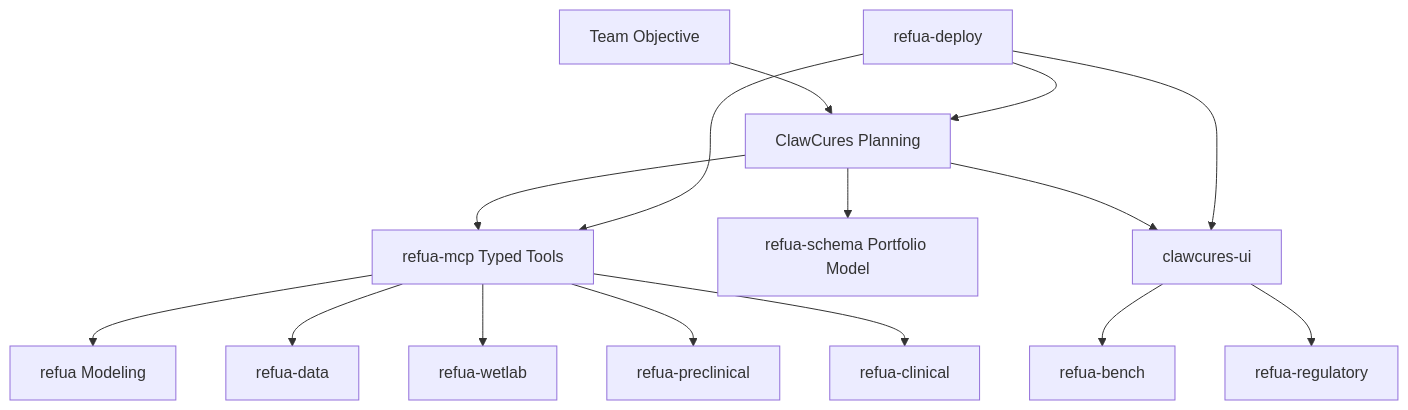
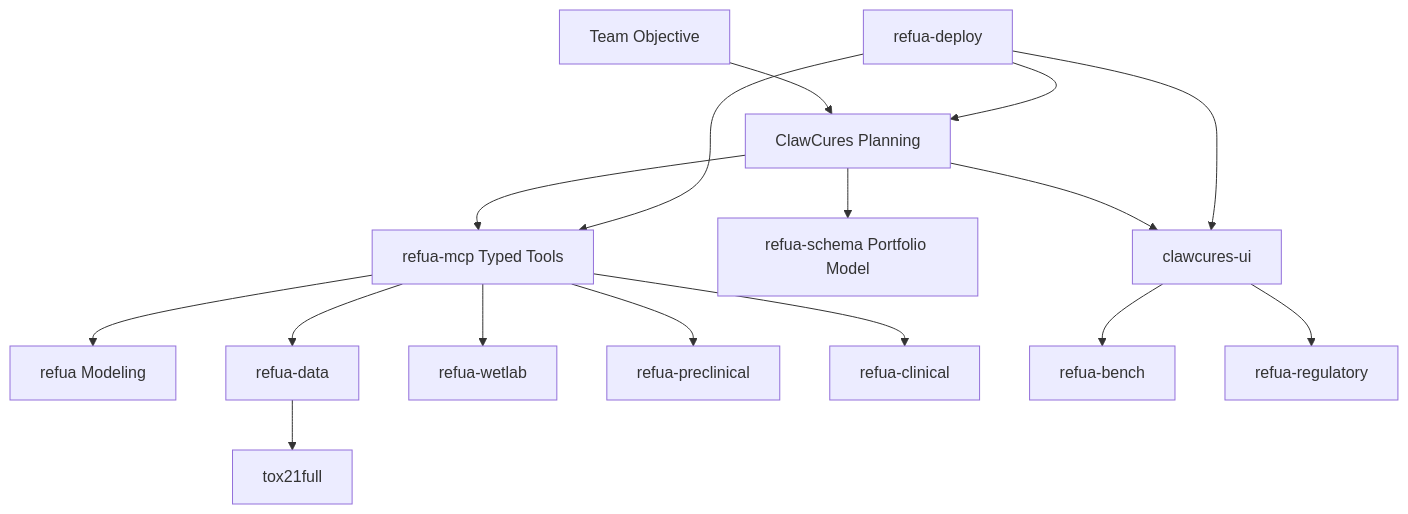
One commit to agentcures/.github changed the diagram in guidebook/README.md. Above: the diagram before and after it, drawn with Mermaid. The commit also changed 4 other files, not shown here.

Commit message:
Add tox21full

````diff
--- a/guidebook/README.md
+++ b/guidebook/README.md
@@ -60,17 +60,18 @@
 ```mermaid
 flowchart TD
     U[Team Objective] --> C[ClawCures Planning]
     C --> M[refua-mcp Typed Tools]
     M --> R[refua Modeling]
     M --> D[refua-data]
+    D --> T[tox21full]
     M --> W[refua-wetlab]
     M --> P[refua-preclinical]
     M --> L[refua-clinical]
     C --> H[refua-schema Portfolio Model]
     C --> S[clawcures-ui]
     S --> B[refua-bench]
     S --> G[refua-regulatory]
     X[refua-deploy] --> C
     X --> M
     X --> S
 ```
````
